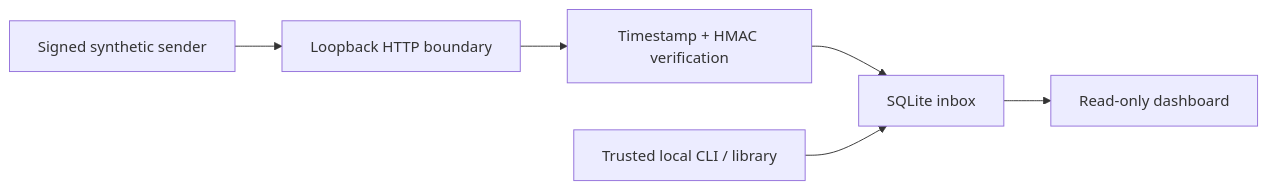
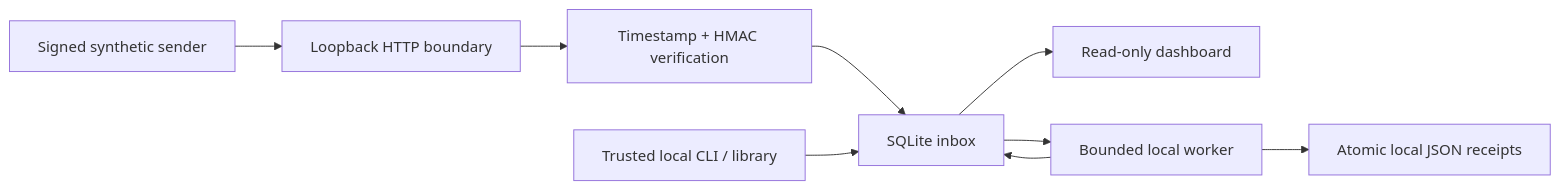
One commit to ult666666/relaybox changed the first of 2 diagrams in docs/ARCHITECTURE.md. Above: the diagram before and after it, drawn with Mermaid. The commit also changed other lines of this file and 14 other files, not shown here.

First line of the commit message:
Add bounded local worker, idempotent receipts and lease renewal (#1)

````diff
--- a/docs/ARCHITECTURE.md
+++ b/docs/ARCHITECTURE.md
@@ -5,8 +5,11 @@
 ```mermaid
 flowchart LR
   Sender[Signed synthetic sender] --> Boundary[Loopback HTTP boundary]
   Boundary --> Auth[Timestamp + HMAC verification]
   Auth --> Inbox[SQLite inbox]
   Operator[Trusted local CLI / library] --> Inbox
   Inbox --> Dashboard[Read-only dashboard]
+  Inbox --> Worker[Bounded local worker]
+  Worker --> Receipts[Atomic local JSON receipts]
+  Worker --> Inbox
 ```
````
